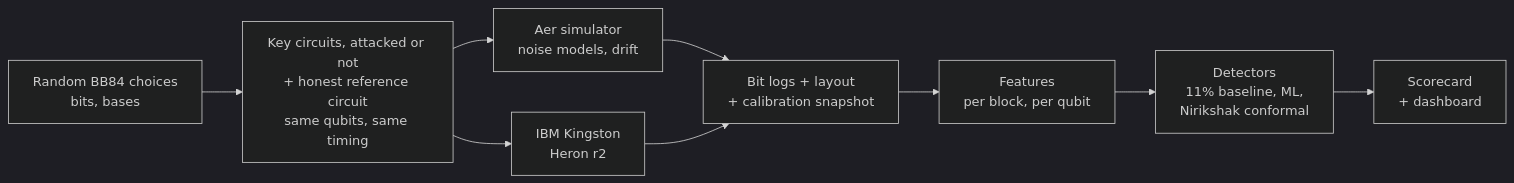
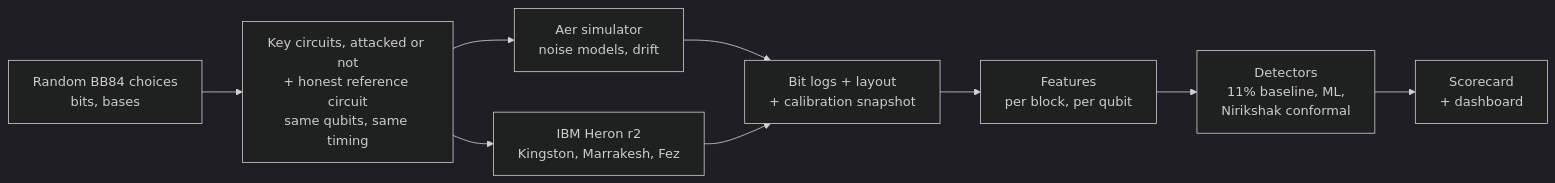
Before and after one commit to vtu-qiskit-fall-fest-2026/vtu-hc-essential-engineers: the diagram in README.md, drawn with Mermaid (dark theme). The commit also changed other lines of this file, not shown here.

````diff
--- a/README.md
+++ b/README.md
@@ -133,11 +139,11 @@
 ```mermaid
 flowchart LR
     A[Random BB84 choices<br/>bits, bases] --> B[Key circuits, attacked or not<br/>+ honest reference circuit<br/>same qubits, same timing]
     B --> C1[Aer simulator<br/>noise models, drift]
-    B --> C2[IBM Kingston<br/>Heron r2]
+    B --> C2[IBM Heron r2<br/>Kingston, Marrakesh, Fez]
     C1 --> D[Bit logs + layout<br/>+ calibration snapshot]
     C2 --> D
     D --> E[Features<br/>per block, per qubit]
     E --> F[Detectors<br/>11% baseline, ML,<br/>Nirikshak conformal]
     F --> G[Scorecard<br/>+ dashboard]
 ```
````
